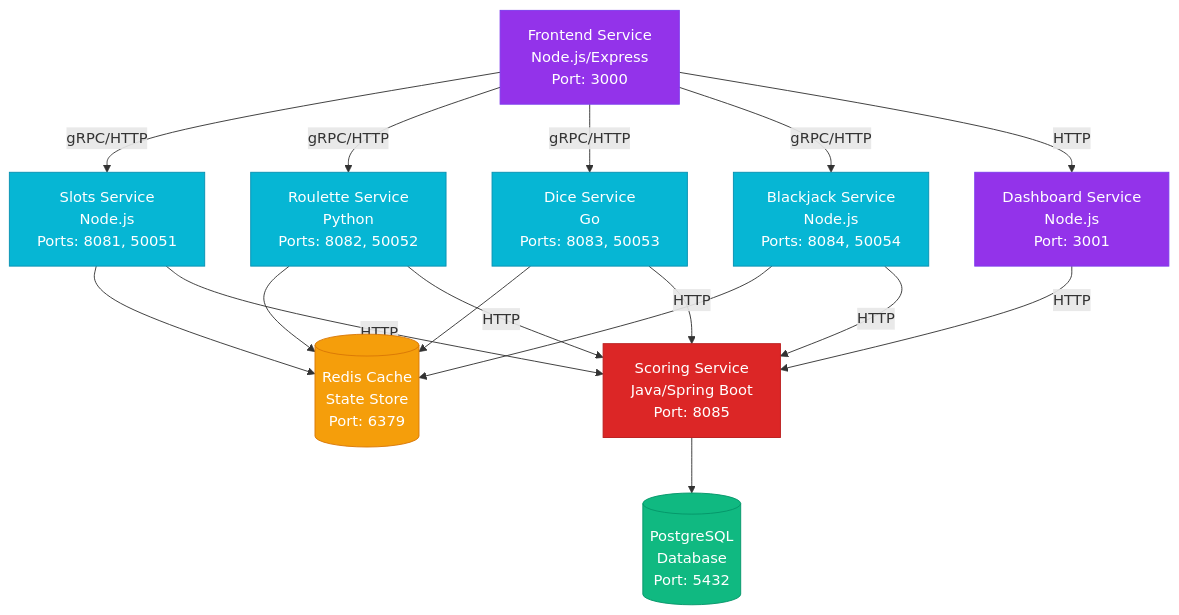
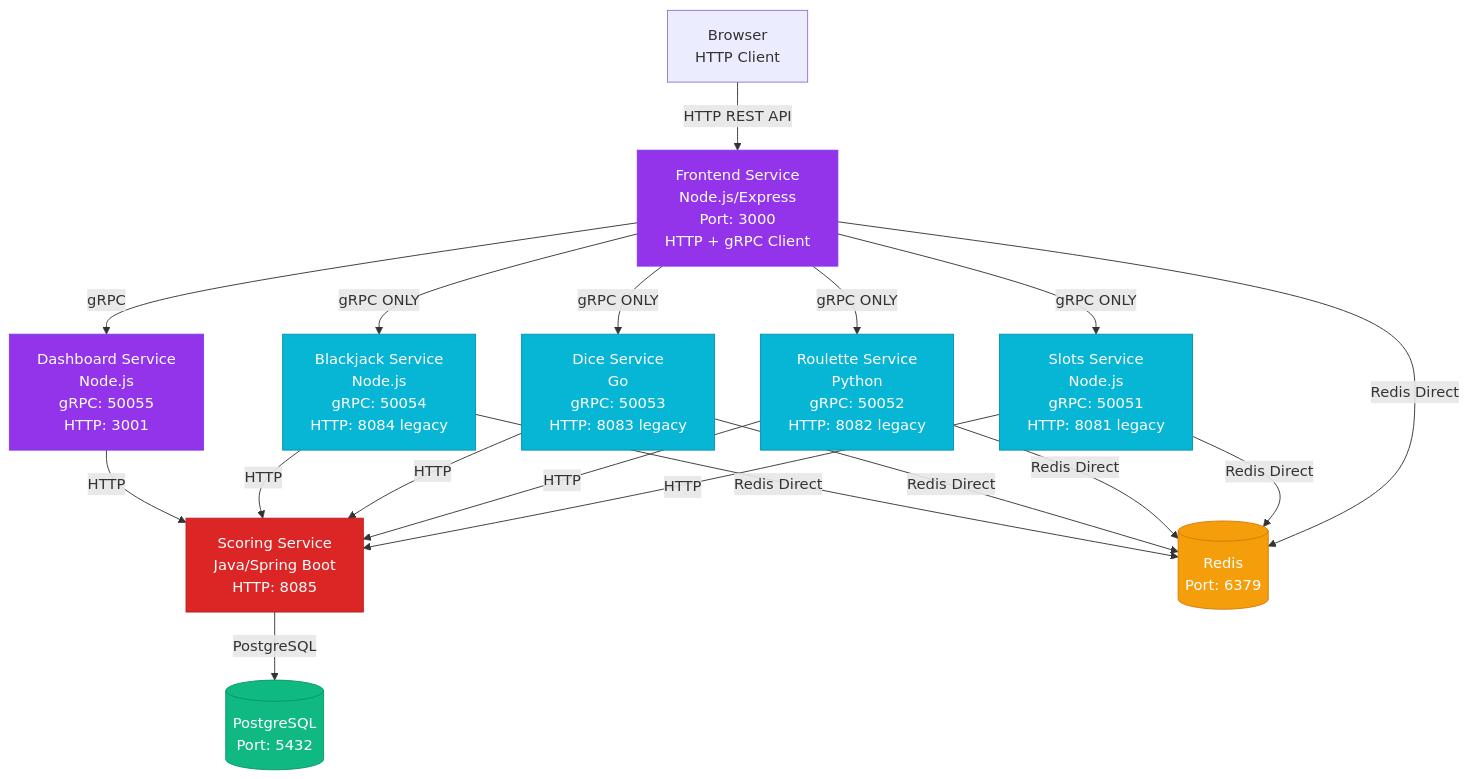
Before and after one commit to dynatrace-oss/Perform-Hackathon-2026: the first of 7 diagrams in docs/architecture/index.md, drawn with Mermaid. The commit also changed other lines of this file and 127 other files, not shown here.

````diff
--- a/docs/architecture/index.md
+++ b/docs/architecture/index.md
@@ -7,44 +7,47 @@
 ```mermaid
 graph TB
-    Frontend[Frontend Service<br/>Node.js/Express<br/>Port: 3000]
+    Browser[Browser<br/>HTTP Client]
+    Frontend[Frontend Service<br/>Node.js/Express<br/>Port: 3000<br/>HTTP + gRPC Client]
     
-    Slots[Slots Service<br/>Node.js<br/>Ports: 8081, 50051]
-    Roulette[Roulette Service<br/>Python<br/>Ports: 8082, 50052]
-    Dice[Dice Service<br/>Go<br/>Ports: 8083, 50053]
-    Blackjack[Blackjack Service<br/>Node.js<br/>Ports: 8084, 50054]
+    Slots[Slots Service<br/>Node.js<br/>gRPC: 50051<br/>HTTP: 8081 legacy]
+    Roulette[Roulette Service<br/>Python<br/>gRPC: 50052<br/>HTTP: 8082 legacy]
+    Dice[Dice Service<br/>Go<br/>gRPC: 50053<br/>HTTP: 8083 legacy]
+    Blackjack[Blackjack Service<br/>Node.js<br/>gRPC: 50054<br/>HTTP: 8084 legacy]
     
-    Dashboard[Dashboard Service<br/>Node.js<br/>Port: 3001]
-    Scoring[Scoring Service<br/>Java/Spring Boot<br/>Port: 8085]
+    Dashboard[Dashboard Service<br/>Node.js<br/>gRPC: 50055<br/>HTTP: 3001]
+    Scoring[Scoring Service<br/>Java/Spring Boot<br/>HTTP: 8085]
     
-    Redis[(Redis Cache<br/>State Store<br/>Port: 6379)]
-    PostgreSQL[(PostgreSQL<br/>Database<br/>Port: 5432)]
+    Redis[(Redis<br/>Port: 6379)]
+    PostgreSQL[(PostgreSQL<br/>Port: 5432)]
     
-    Frontend -->|gRPC/HTTP| Slots
-    Frontend -->|gRPC/HTTP| Roulette
-    Frontend -->|gRPC/HTTP| Dice
-    Frontend -->|gRPC/HTTP| Blackjack
-    Frontend -->|HTTP| Dashboard
+    Browser -->|HTTP REST API| Frontend
+    Frontend -->|gRPC ONLY| Slots
+    Frontend -->|gRPC ONLY| Roulette
+    Frontend -->|gRPC ONLY| Dice
+    Frontend -->|gRPC ONLY| Blackjack
+    Frontend -->|gRPC| Dashboard
+    Frontend -->|Redis Direct| Redis
     
-    Slots --> Redis
-    Roulette --> Redis
-    Dice --> Redis
-    Blackjack --> Redis
+    Slots -->|Redis Direct| Redis
+    Roulette -->|Redis Direct| Redis
+    Dice -->|Redis Direct| Redis
+    Blackjack -->|Redis Direct| Redis
     
     Slots -->|HTTP| Scoring
     Roulette -->|HTTP| Scoring
     Dice -->|HTTP| Scoring
     Blackjack -->|HTTP| Scoring
     
     Dashboard -->|HTTP| Scoring
-    Scoring --> PostgreSQL
+    Scoring -->|PostgreSQL| PostgreSQL
     
     style Frontend fill:#9333ea,stroke:#7c3aed,color:#fff
     style Dashboard fill:#9333ea,stroke:#7c3aed,color:#fff
     style Slots fill:#06b6d4,stroke:#0891b2,color:#fff
     style Roulette fill:#06b6d4,stroke:#0891b2,color:#fff
     style Dice fill:#06b6d4,stroke:#0891b2,color:#fff
     style Blackjack fill:#06b6d4,stroke:#0891b2,color:#fff
     style Scoring fill:#dc2626,stroke:#b91c1c,color:#fff
     style Redis fill:#f59e0b,stroke:#d97706,color:#fff
     style PostgreSQL fill:#10b981,stroke:#059669,color:#fff
 ```
````
